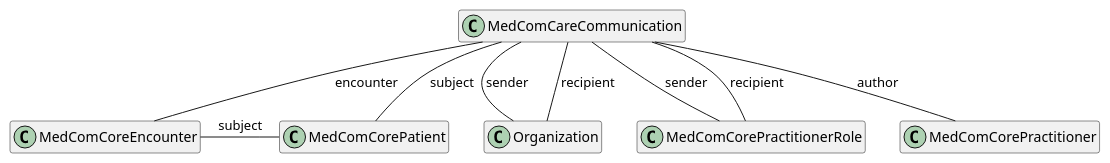
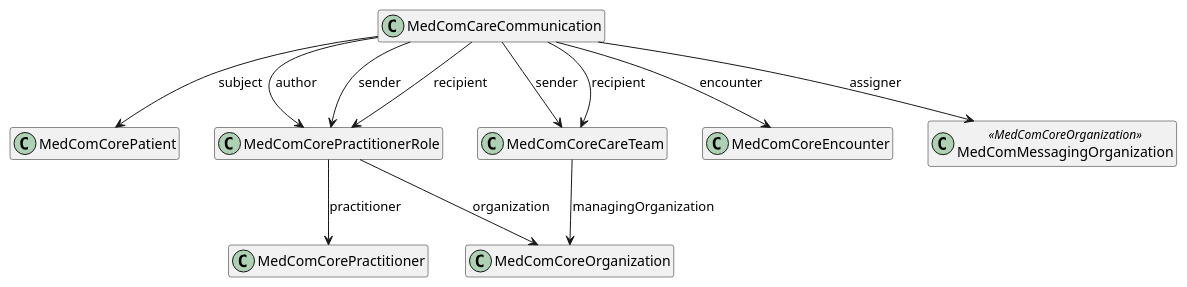
One commit to medcomdk/dk-medcom-carecommunication changed the diagram in puml/CareCommunicationCommunication.puml. Above: the diagram before and after it, drawn with PlantUML. The commit also changed 83 other files, not shown here.

Commit message:
Githubpagesmaster update of material to CareCommunication and ConversionService (#152)

```diff
--- a/puml/CareCommunicationCommunication.puml
+++ b/puml/CareCommunicationCommunication.puml
@@ -1,21 +1,28 @@
 @startuml CareCommunicationCommunication
 
 hide empty members
 
 class "MedComCareCommunication" as communication
 class "MedComCorePatient" as patient
+class "MedComCorePractitionerRole" as pracRole
+class "MedComCoreCareTeam" as careteam
+class "MedComCorePractitioner" as author
 class "MedComCoreEncounter" as encounter
-class "Organization" as recipientOrganization
-class "MedComCorePractitionerRole" as recipientRole
-class "MedComCorePractitioner" as author
+class "MedComCoreOrganization" as organization
+class "MedComMessagingOrganization" as messagingOrganization <<MedComCoreOrganization>>
 
-communication -- encounter : "encounter"
-communication -- patient : "subject"
-communication -- recipientOrganization : "sender"
-communication -- recipientRole : "sender"
-communication -- recipientOrganization : "recipient"
-communication -- recipientRole : "recipient"
-communication -- author : "author"
 
-encounter -patient :"subject"
+
+communication --> encounter : "encounter"
+communication --> patient : "subject"
+communication --> pracRole : "author"
+communication --> careteam : "sender"
+communication --> careteam : "recipient"
+communication --> pracRole : "sender"
+communication --> pracRole : "recipient"
+communication --> messagingOrganization : "assigner"
+pracRole --> author : "practitioner"
+pracRole --> organization : "organization"
+careteam --> organization : "managingOrganization"
+
 @enduml
```
